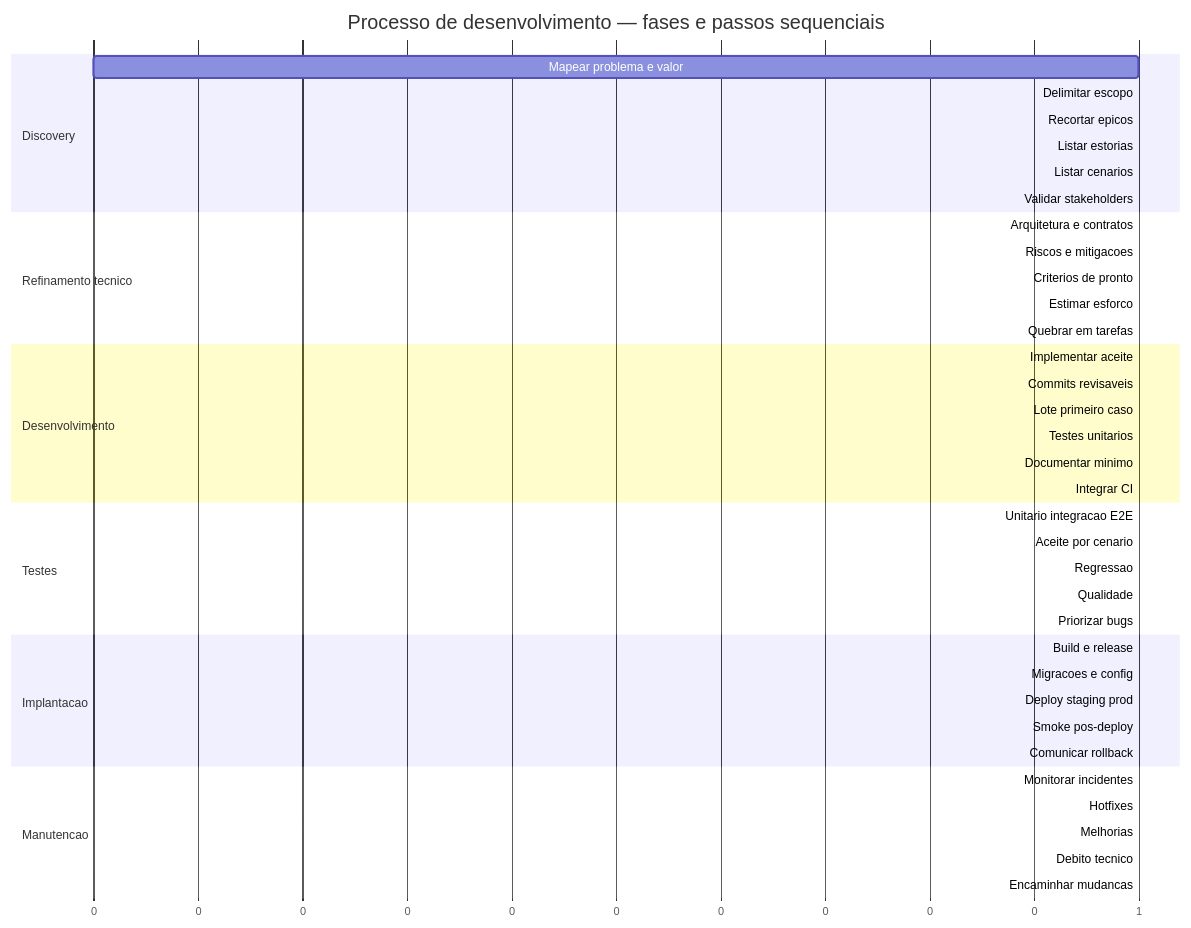
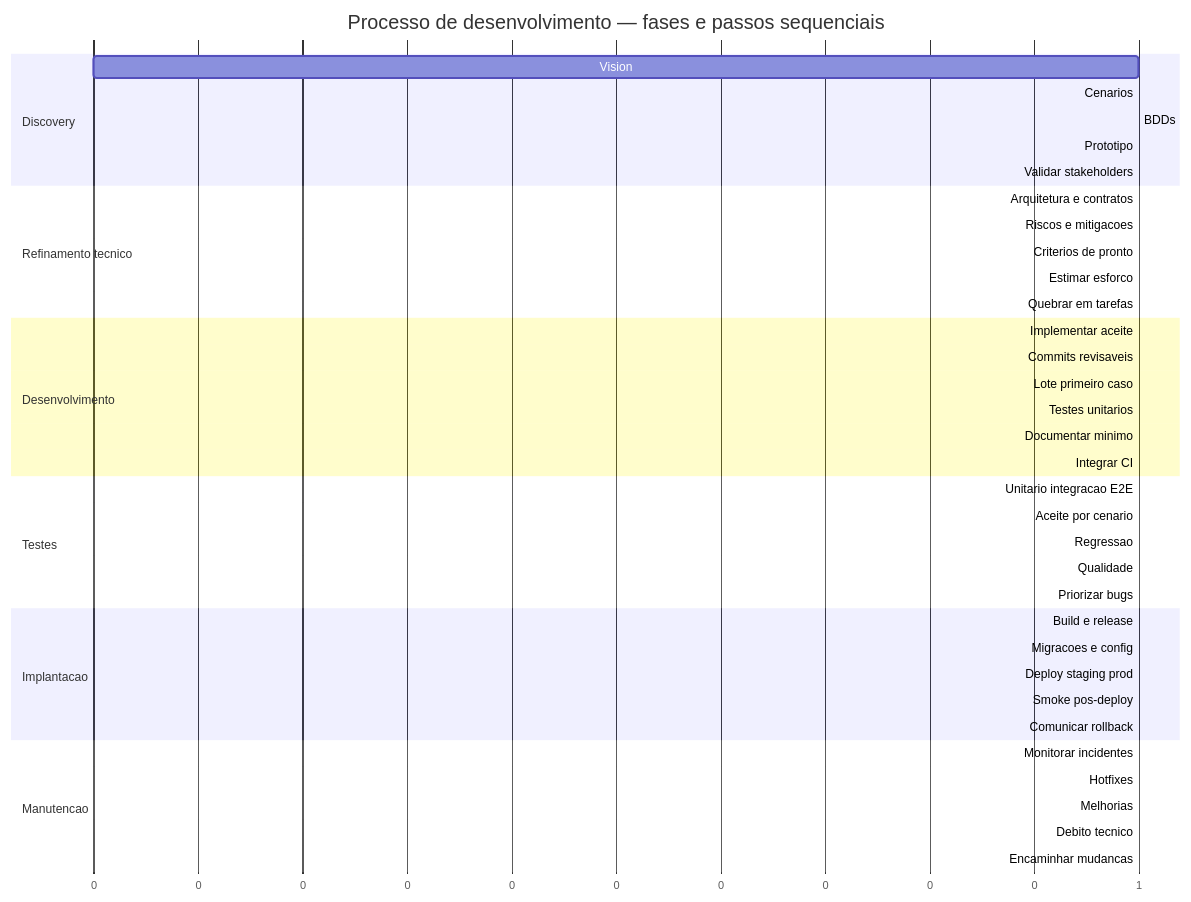
Before and after one commit to laerciogermano/workstation: the first of 2 diagrams in core/processo/README.md, drawn with Mermaid. The commit also changed other lines of this file and 9 other files, not shown here.

First line of the commit message:
Define no discovery a ordem vision → cenários → BDDs → protótipo.

````diff
--- a/core/processo/README.md
+++ b/core/processo/README.md
@@ -76,50 +75,49 @@
 ```mermaid
 gantt
   title Processo de desenvolvimento — fases e passos sequenciais
   dateFormat X
   axisFormat %s
 
   section Discovery
-  Mapear problema e valor       :d1a, 0, 1
-  Delimitar escopo              :d1b, after d1a, 1
-  Recortar epicos               :d1c, after d1b, 1
-  Listar estorias               :d1d, after d1c, 1
-  Listar cenarios               :d1e, after d1d, 1
-  Validar stakeholders          :d1f, after d1e, 1
+  Vision                        :d1a, 0, 1
+  Cenarios                      :d1b, after d1a, 1
+  BDDs                          :d1c, after d1b, 1
+  Prototipo                     :d1d, after d1c, 1
+  Validar stakeholders          :d1f, after d1d, 1
 
   section Refinamento tecnico
   Arquitetura e contratos       :d2a, after d1f, 1
   Riscos e mitigacoes           :d2b, after d2a, 1
   Criterios de pronto           :d2c, after d2b, 1
   Estimar esforco               :d2d, after d2c, 1
   Quebrar em tarefas            :d2e, after d2d, 1
 
   section Desenvolvimento
   Implementar aceite            :d3a, after d2e, 1
   Commits revisaveis            :d3b, after d3a, 1
   Lote primeiro caso            :d3c, after d3b, 1
   Testes unitarios              :d3d, after d3c, 1
   Documentar minimo             :d3e, after d3d, 1
   Integrar CI                   :d3f, after d3e, 1
 
   section Testes
   Unitario integracao E2E       :d4a, after d3f, 1
   Aceite por cenario            :d4b, after d4a, 1
   Regressao                     :d4c, after d4b, 1
   Qualidade                     :d4d, after d4c, 1
   Priorizar bugs                :d4e, after d4d, 1
 
   section Implantacao
   Build e release               :d5a, after d4e, 1
   Migracoes e config            :d5b, after d5a, 1
   Deploy staging prod           :d5c, after d5b, 1
   Smoke pos-deploy              :d5d, after d5c, 1
   Comunicar rollback            :d5e, after d5d, 1
 
   section Manutencao
   Monitorar incidentes          :d6a, after d5e, 1
   Hotfixes                      :d6b, after d6a, 1
   Melhorias                     :d6c, after d6b, 1
   Debito tecnico                :d6d, after d6c, 1
   Encaminhar mudancas           :d6e, after d6d, 1
 ```
````
